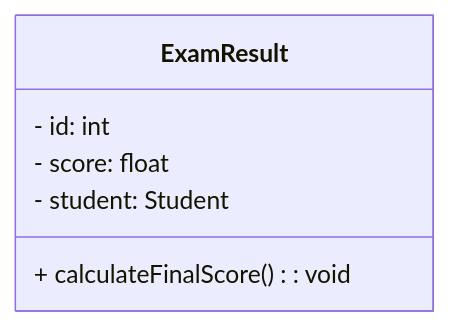
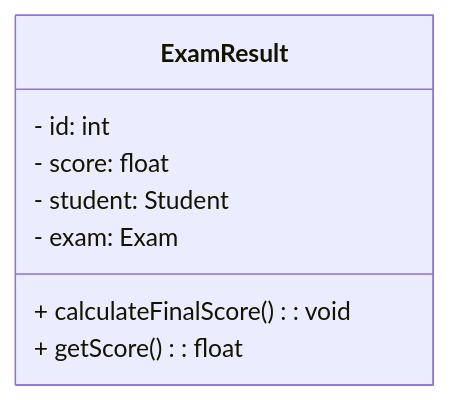
Diagram 15 of 18 in 5. Software E/Project MVC.md (DoanNgocCuong/home), drawn with Mermaid before and after one commit. The commit also changed other lines of this file, not shown here.

````diff
--- a/5. Software E/Project MVC.md
+++ b/5. Software E/Project MVC.md
@@ -723,9 +732,11 @@
 ```mermaid
 classDiagram
     class ExamResult {
         - id: int
         - score: float
         - student: Student
+        - exam: Exam
         + calculateFinalScore(): void
+        + getScore(): float
     }
 ```
````
